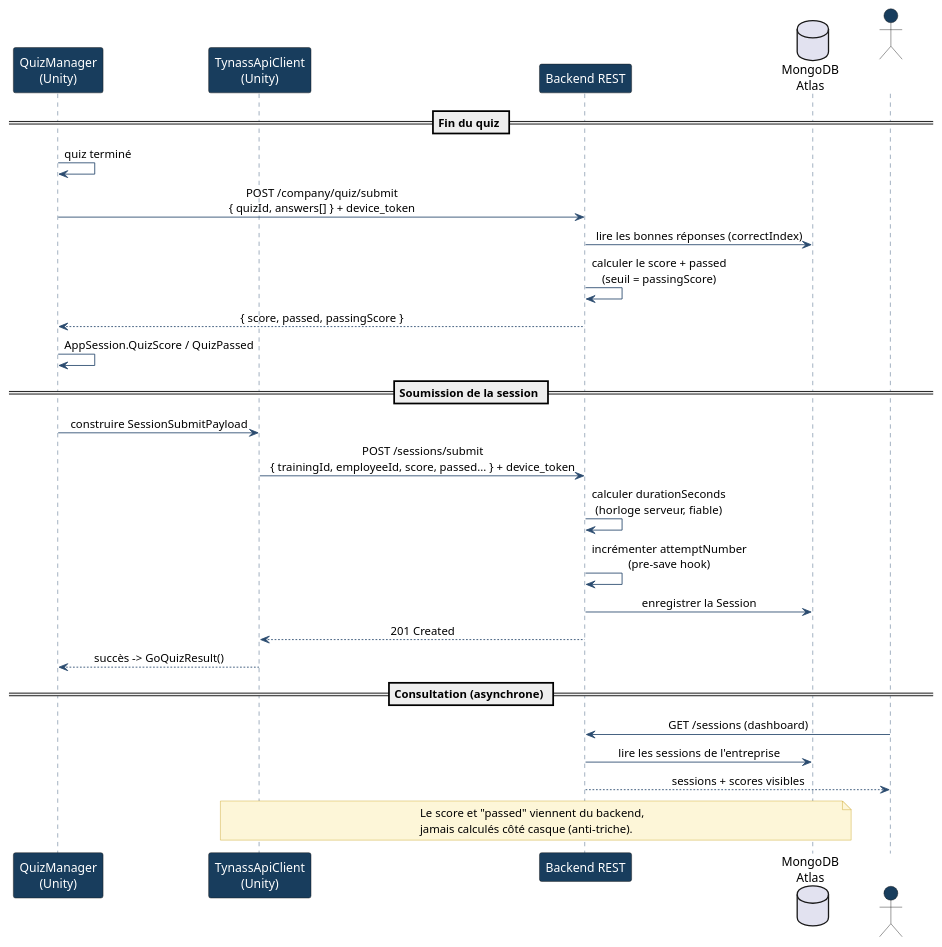
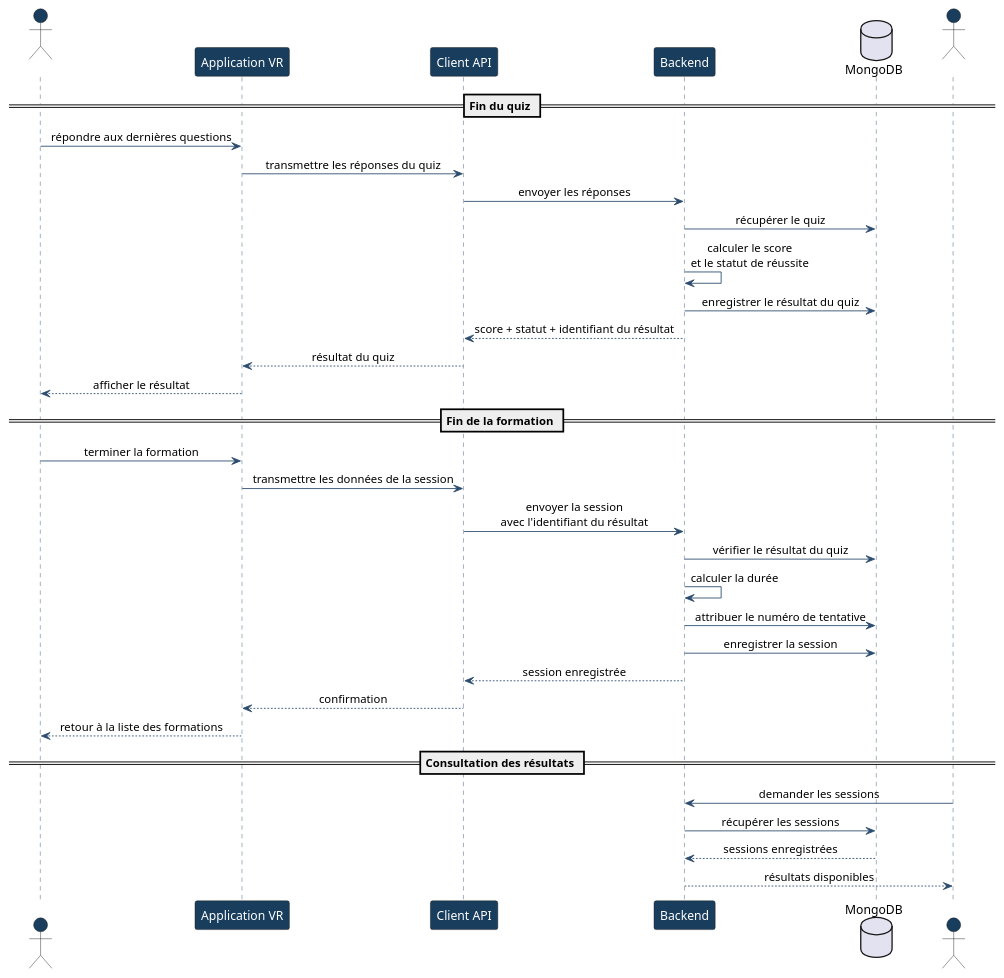
One commit to sayenjabo/TynassIt_PFE changed the diagram in PUML/seq_submit_session.puml. Above: the diagram before and after it, drawn with PlantUML. The commit also changed 70 other files, not shown here.

```diff
--- a/PUML/seq_submit_session.puml
+++ b/PUML/seq_submit_session.puml
@@ -1,43 +1,65 @@
 @startuml Sequence_submit_session
 ' Diagramme de séquence --- Soumission d'une session de formation
 skinparam shadowing false
 skinparam sequenceMessageAlign center
 skinparam ParticipantBackgroundColor #183D5D
 skinparam ParticipantFontColor #FFFFFF
 skinparam ActorBackgroundColor #183D5D
 skinparam ActorFontColor #FFFFFF
 skinparam SequenceLifeLineBorderColor #2B4B6F
 skinparam ArrowColor #2B4B6F
 skinparam NoteBackgroundColor #FDF6D8
 skinparam NoteBorderColor #C9A227
 
-participant "QuizManager\n(Unity)" as Quiz
-participant "TynassApiClient\n(Unity)" as Client
-participant "Backend REST" as API
-database "MongoDB\nAtlas" as DB
-actor "Entreprise\n(Dashboard)" as Company
+skinparam shadowing false
+skinparam sequenceMessageAlign center
+skinparam defaultFontName Helvetica
+
+actor "Employé" as Employe
+participant "Application VR" as VR
+participant "Client API" as Client
+participant "Backend" as Backend
+database "MongoDB" as DB
+actor "Dashboards" as Dashboard
 
 == Fin du quiz ==
-Quiz -> Quiz : quiz terminé
-Quiz -> API : POST /company/quiz/submit\n{ quizId, answers[] } + device_token
-API -> DB : lire les bonnes réponses (correctIndex)
-API -> API : calculer le score + passed\n(seuil = passingScore)
-API --> Quiz : { score, passed, passingScore }
-Quiz -> Quiz : AppSession.QuizScore / QuizPassed
 
-== Soumission de la session ==
-Quiz -> Client : construire SessionSubmitPayload
-Client -> API : POST /sessions/submit\n{ trainingId, employeeId, score, passed... } + device_token
-API -> API : calculer durationSeconds\n(horloge serveur, fiable)
-API -> API : incrémenter attemptNumber\n(pre-save hook)
-API -> DB : enregistrer la Session
-API --> Client : 201 Created
-Client --> Quiz : succès -> GoQuizResult()
+Employe -> VR : répondre aux dernières questions
 
-== Consultation (asynchrone) ==
-Company -> API : GET /sessions (dashboard)
-API -> DB : lire les sessions de l'entreprise
-API --> Company : sessions + scores visibles
+VR -> Client : transmettre les réponses du quiz
+Client -> Backend : envoyer les réponses
 
-note over Client, DB : Le score et "passed" viennent du backend,\njamais calculés côté casque (anti-triche).
+Backend -> DB : récupérer le quiz
+Backend -> Backend : calculer le score\net le statut de réussite
+Backend -> DB : enregistrer le résultat du quiz
+
+Backend --> Client : score + statut + identifiant du résultat
+Client --> VR : résultat du quiz
+
+VR --> Employe : afficher le résultat
+
+== Fin de la formation ==
+
+Employe -> VR : terminer la formation
+
+VR -> Client : transmettre les données de la session
+Client -> Backend : envoyer la session\navec l'identifiant du résultat
+
+Backend -> DB : vérifier le résultat du quiz
+Backend -> Backend : calculer la durée
+Backend -> DB : attribuer le numéro de tentative
+Backend -> DB : enregistrer la session
+
+Backend --> Client : session enregistrée
+Client --> VR : confirmation
+
+VR --> Employe : retour à la liste des formations
+
+== Consultation des résultats ==
+
+Dashboard -> Backend : demander les sessions
+Backend -> DB : récupérer les sessions
+DB --> Backend : sessions enregistrées
+Backend --> Dashboard : résultats disponibles
+
 @enduml
```
